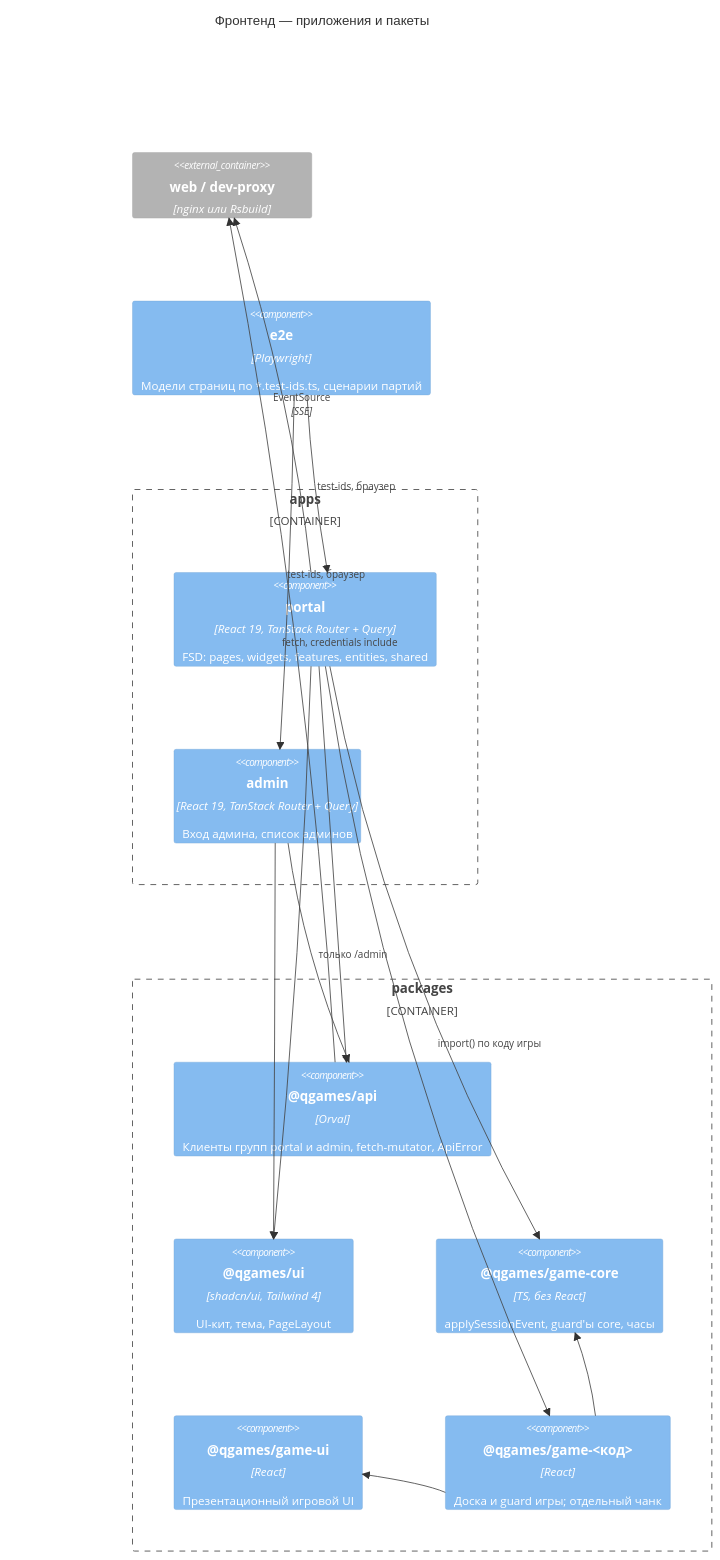
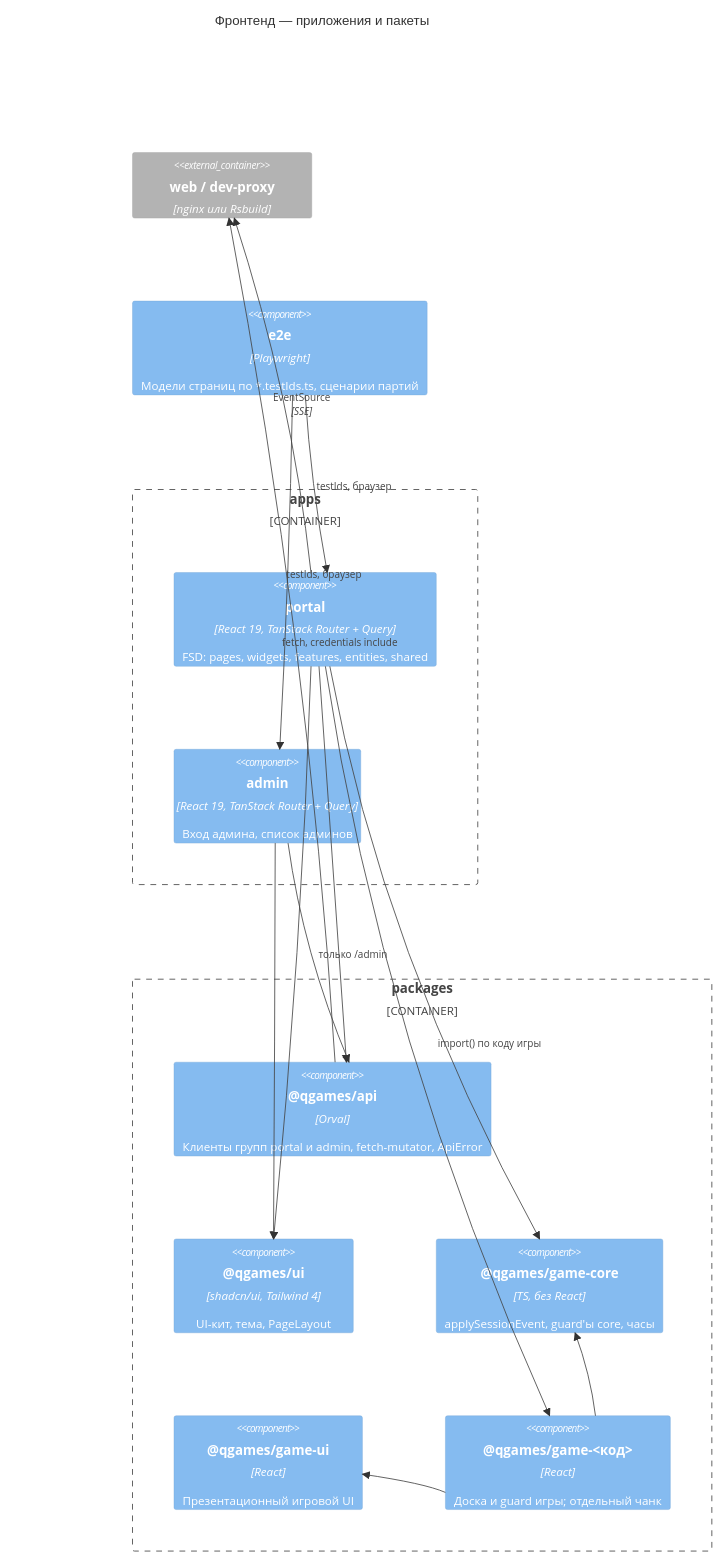
The diagram in adr/c4/3-frontend.md (qwe3qwe3lott/qgames-workspace), drawn with Mermaid before and after one commit. The commit also changed other lines of this file and 9 other files, not shown here.

````diff
--- a/adr/c4/3-frontend.md
+++ b/adr/c4/3-frontend.md
@@ -5,34 +5,34 @@
 ```mermaid
 C4Component
   title Фронтенд — приложения и пакеты
 
   Container_Ext(web, "web / dev-proxy", "nginx или Rsbuild")
 
   Container_Boundary(apps, "apps") {
     Component(portal, "portal", "React 19, TanStack Router + Query", "FSD: pages, widgets, features, entities, shared")
     Component(admin, "admin", "React 19, TanStack Router + Query", "Вход админа, список админов")
   }
   Container_Boundary(pkgs, "packages") {
     Component(api, "@qgames/api", "Orval", "Клиенты групп portal и admin, fetch-mutator, ApiError")
     Component(ui, "@qgames/ui", "shadcn/ui, Tailwind 4", "UI-кит, тема, PageLayout")
     Component(gcore, "@qgames/game-core", "TS, без React", "applySessionEvent, guard'ы core, часы")
     Component(gui, "@qgames/game-ui", "React", "Презентационный игровой UI")
     Component(games, "@qgames/game-<код>", "React", "Доска и guard игры; отдельный чанк")
   }
-  Component(e2e, "e2e", "Playwright", "Модели страниц по *.test-ids.ts, сценарии партий")
+  Component(e2e, "e2e", "Playwright", "Модели страниц по *.testIds.ts, сценарии партий")
 
   Rel(portal, api, "")
   Rel(admin, api, "только /admin")
   Rel(portal, ui, "")
   Rel(admin, ui, "")
   Rel(portal, gcore, "")
   Rel(portal, games, "import() по коду игры")
   Rel(games, gui, "")
   Rel(games, gcore, "")
   Rel(api, web, "fetch, credentials include")
   Rel(portal, web, "EventSource", "SSE")
-  Rel(e2e, portal, "test-ids, браузер")
-  Rel(e2e, admin, "test-ids, браузер")
+  Rel(e2e, portal, "testIds, браузер")
+  Rel(e2e, admin, "testIds, браузер")
 
   UpdateLayoutConfig($c4ShapeInRow="5", $c4BoundaryInRow="1")
 ```
````
